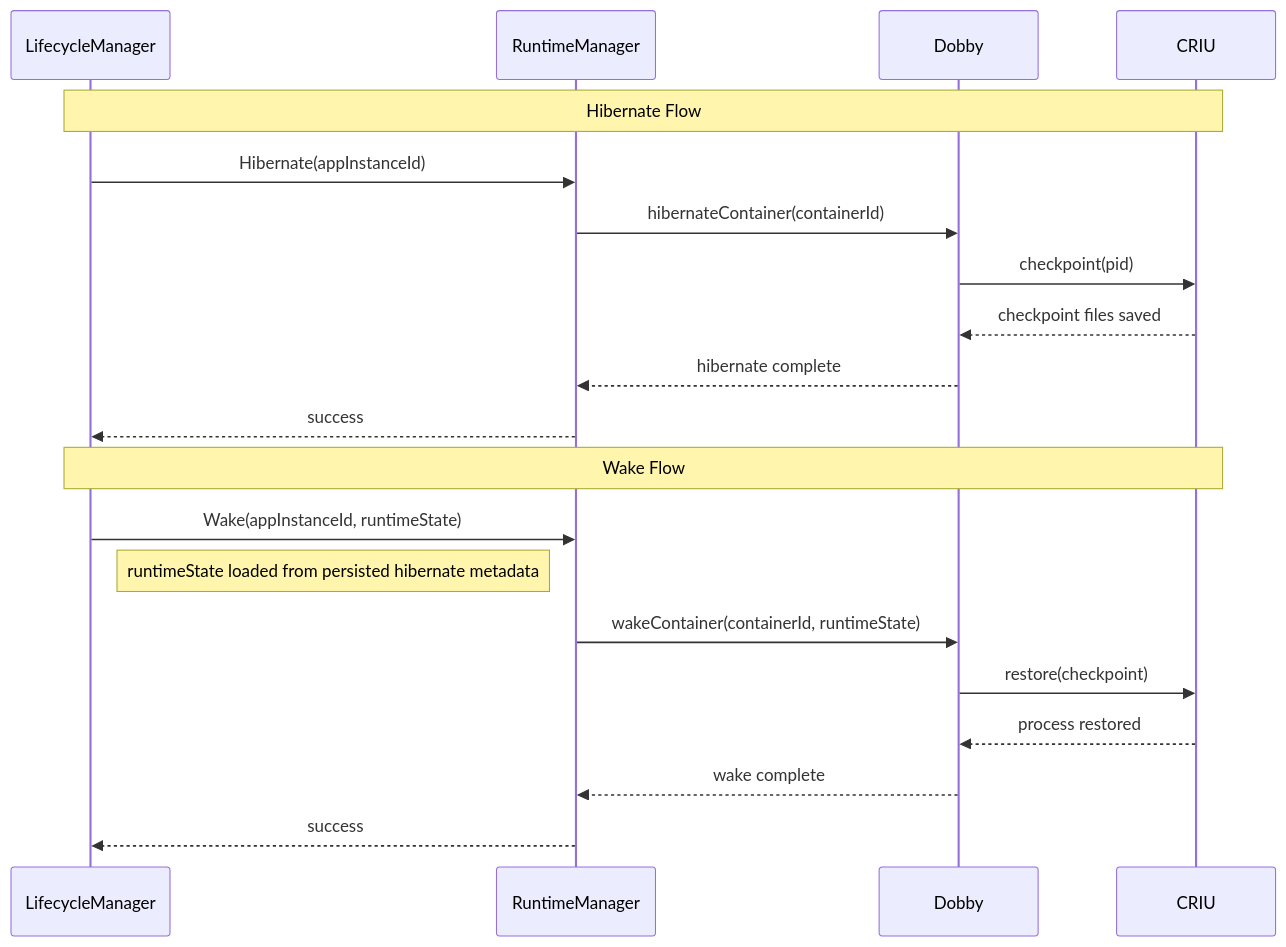
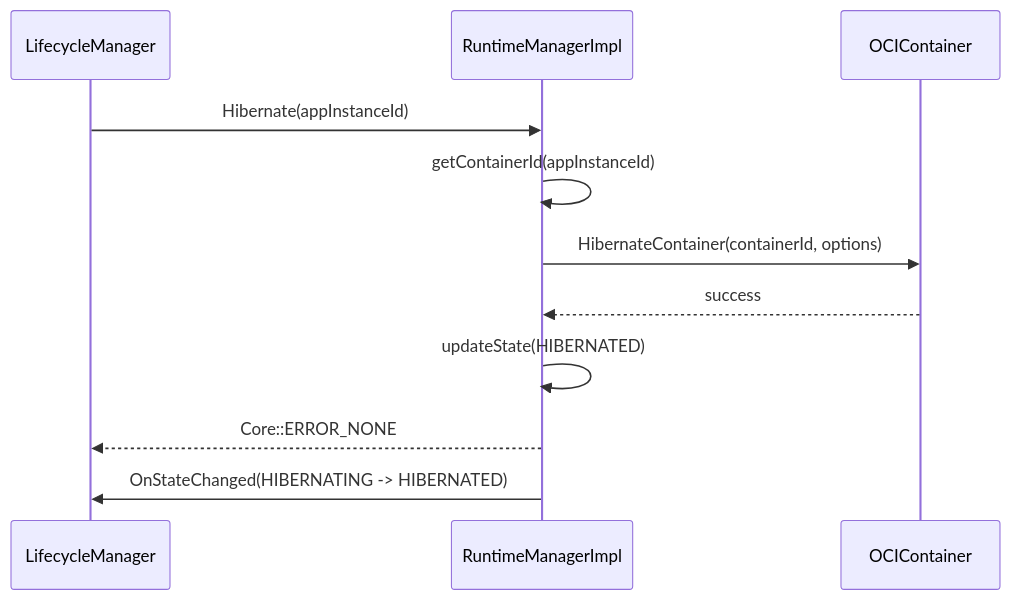
The sixth of 10 diagrams in RuntimeManager/RuntimeManager.md (rdkcentral/entservices-appmanagers), drawn with Mermaid before and after one commit. The commit also changed other lines of this file and 19 other files, not shown here.

````diff
--- a/RuntimeManager/RuntimeManager.md
+++ b/RuntimeManager/RuntimeManager.md
@@ -210,24 +496,14 @@
 ```mermaid
 sequenceDiagram
     participant LCM as LifecycleManager
-    participant RTM as RuntimeManager
-    participant Dobby
-    participant CRIU
+    participant RTM as RuntimeManagerImpl
+    participant OCI as OCIContainer
 
-    Note over LCM,CRIU: Hibernate Flow
     LCM->>RTM: Hibernate(appInstanceId)
-    RTM->>Dobby: hibernateContainer(containerId)
-    Dobby->>CRIU: checkpoint(pid)
-    CRIU-->>Dobby: checkpoint files saved
-    Dobby-->>RTM: hibernate complete
-    RTM-->>LCM: success
-
-    Note over LCM,CRIU: Wake Flow
-    LCM->>RTM: Wake(appInstanceId, runtimeState)
-    Note right of LCM: runtimeState loaded from persisted hibernate metadata
-    RTM->>Dobby: wakeContainer(containerId, runtimeState)
-    Dobby->>CRIU: restore(checkpoint)
-    CRIU-->>Dobby: process restored
-    Dobby-->>RTM: wake complete
-    RTM-->>LCM: success
+    RTM->>RTM: getContainerId(appInstanceId)
+    RTM->>OCI: HibernateContainer(containerId, options)
+    OCI-->>RTM: success
+    RTM->>RTM: updateState(HIBERNATED)
+    RTM-->>LCM: Core::ERROR_NONE
+    RTM->>LCM: OnStateChanged(HIBERNATING -> HIBERNATED)
 ```
````
